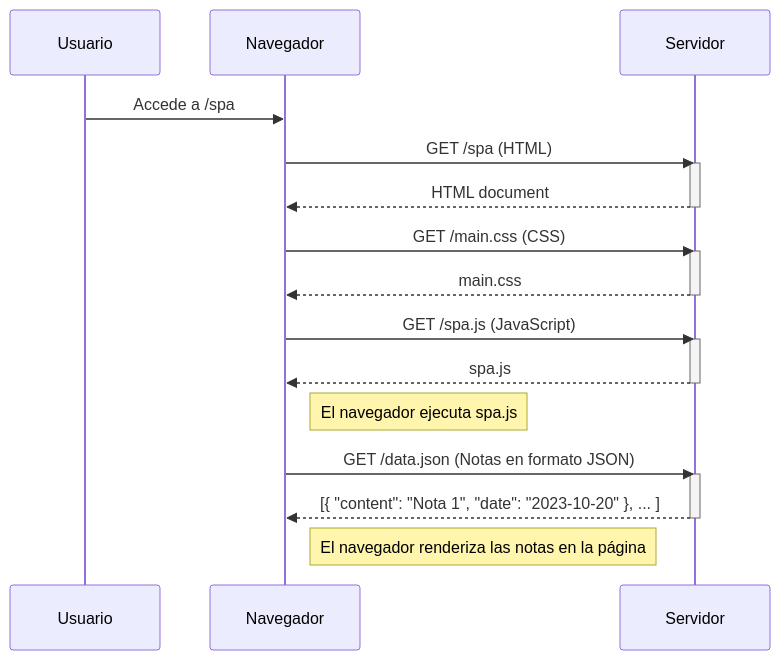
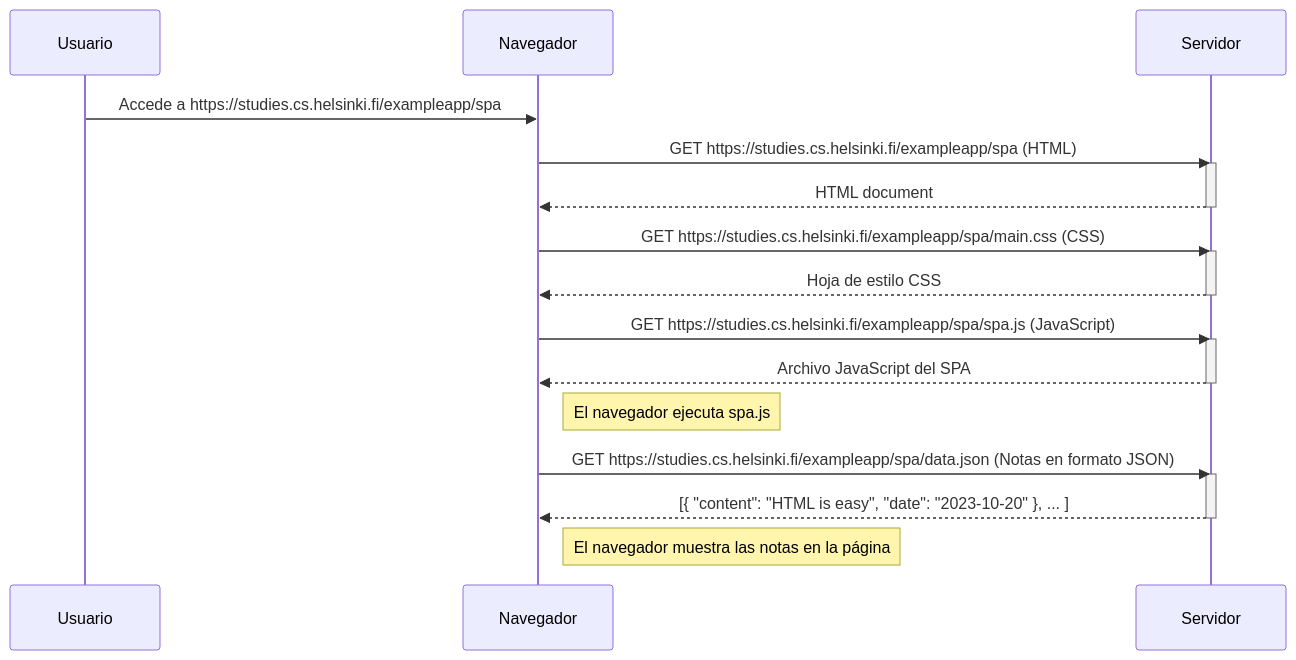
The diagram in part0/SinglePageAppDiagram.md (xing01/FullStackOpenYang), drawn with Mermaid before and after one commit. The commit also changed 2 other files, not shown here.

Commit message:
Update Detailas of Part0 tasks

````diff
--- a/part0/SinglePageAppDiagram.md
+++ b/part0/SinglePageAppDiagram.md
@@ -3,32 +3,32 @@
 ```mermaid
 sequenceDiagram
     participant user as Usuario
     participant browser as Navegador
     participant server as Servidor
 
-    user->>browser: Accede a /spa
-    browser->>server: GET /spa (HTML)
+    user->>browser: Accede a https://studies.cs.helsinki.fi/exampleapp/spa
+    browser->>server: GET https://studies.cs.helsinki.fi/exampleapp/spa (HTML)
     activate server
     server-->>browser: HTML document
     deactivate server
 
-    browser->>server: GET /main.css (CSS)
+    browser->>server: GET https://studies.cs.helsinki.fi/exampleapp/spa/main.css (CSS)
     activate server
-    server-->>browser: main.css
+    server-->>browser: Hoja de estilo CSS
     deactivate server
 
-    browser->>server: GET /spa.js (JavaScript)
+    browser->>server: GET https://studies.cs.helsinki.fi/exampleapp/spa/spa.js (JavaScript)
     activate server
-    server-->>browser: spa.js
+    server-->>browser: Archivo JavaScript del SPA
     deactivate server
 
     Note right of browser: El navegador ejecuta spa.js
 
-    browser->>server: GET /data.json (Notas en formato JSON)
+    browser->>server: GET https://studies.cs.helsinki.fi/exampleapp/spa/data.json (Notas en formato JSON)
     activate server
-    server-->>browser: [{ "content": "Nota 1", "date": "2023-10-20" }, ... ]
+    server-->>browser: [{ "content": "HTML is easy", "date": "2023-10-20" }, ... ]
     deactivate server
 
-    Note right of browser: El navegador renderiza las notas en la página
+    Note right of browser: El navegador muestra las notas en la página
 
 ```
````
